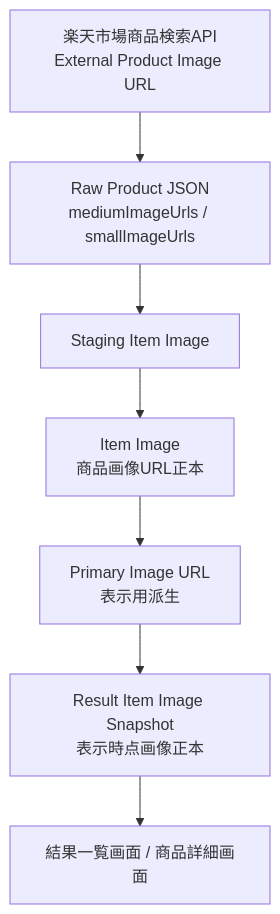
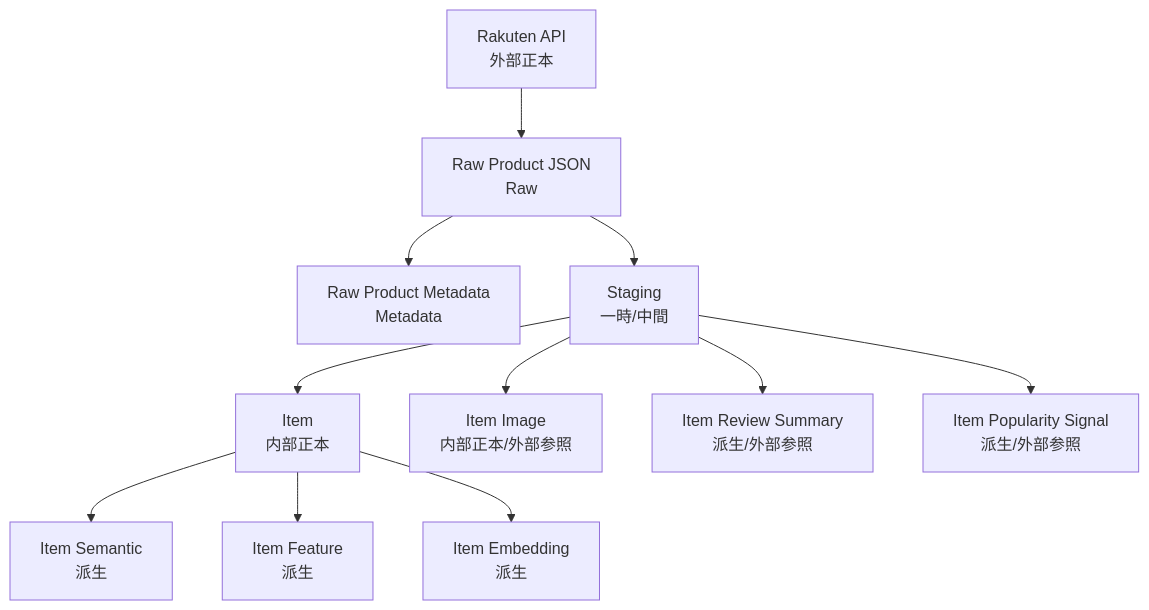
One commit to ryo-chan-k6/GiftRecommendAPP_MVP_CYCLE_3 changed the second of 3 diagrams in docs/05_アプリケーション設計/アプリ/database/正本定義表.md. Above: the diagram before and after it, drawn with Mermaid. The commit also changed other lines of this file, not shown here.

````diff
--- a/docs/05_アプリケーション設計/アプリ/database/正本定義表.md
+++ b/docs/05_アプリケーション設計/アプリ/database/正本定義表.md
@@ -567,9 +893,13 @@
 ```mermaid
 flowchart TD
-    A[楽天市場商品検索API<br/>External Product Image URL] --> B[Raw Product JSON<br/>mediumImageUrls / smallImageUrls]
-    B --> C[Staging Item Image]
-    C --> D[Item Image<br/>商品画像URL正本]
-    D --> E[Primary Image URL<br/>表示用派生]
-    E --> F[Result Item Image Snapshot<br/>表示時点画像正本]
-    F --> G[結果一覧画面 / 商品詳細画面]
+    A[Rakuten API<br/>外部正本] --> B[Raw Product JSON<br/>Raw]
+    B --> C[Raw Product Metadata<br/>Metadata]
+    B --> D[Staging<br/>一時/中間]
+    D --> E[Item<br/>内部正本]
+    D --> F[Item Image<br/>内部正本/外部参照]
+    D --> G[Item Review Summary<br/>派生/外部参照]
+    D --> H[Item Popularity Signal<br/>派生/外部参照]
+    E --> I[Item Semantic<br/>派生]
+    E --> J[Item Feature<br/>派生]
+    E --> K[Item Embedding<br/>派生]
 ```
````
